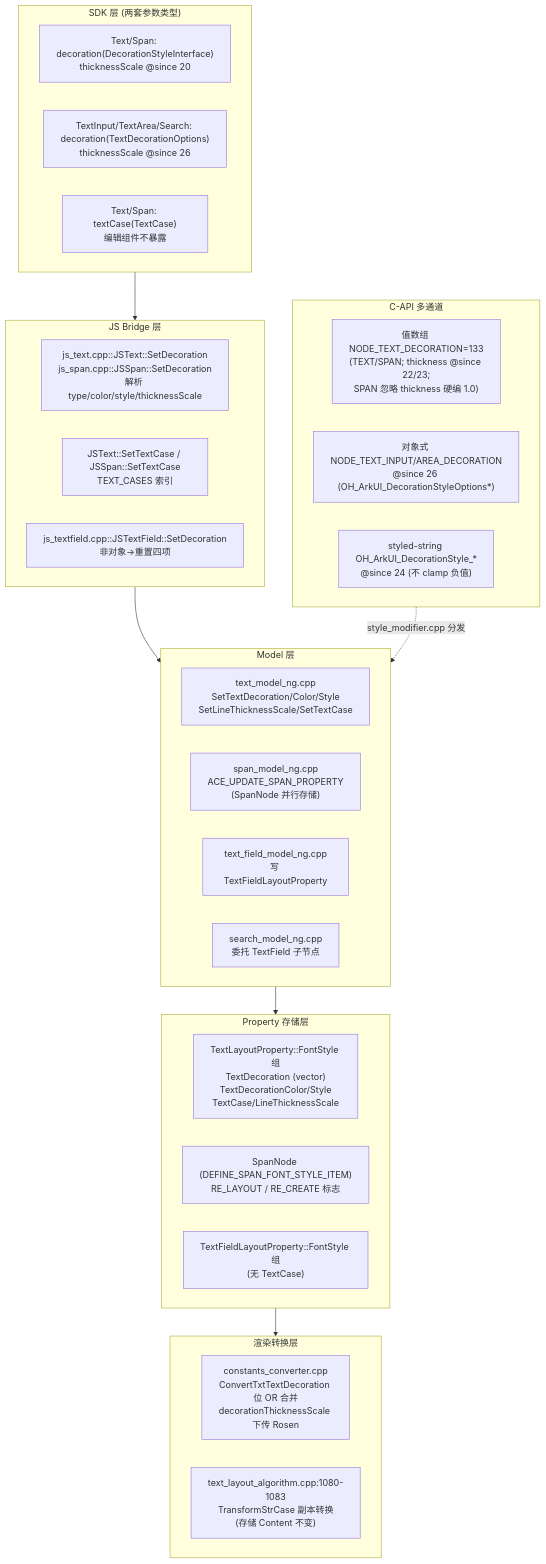
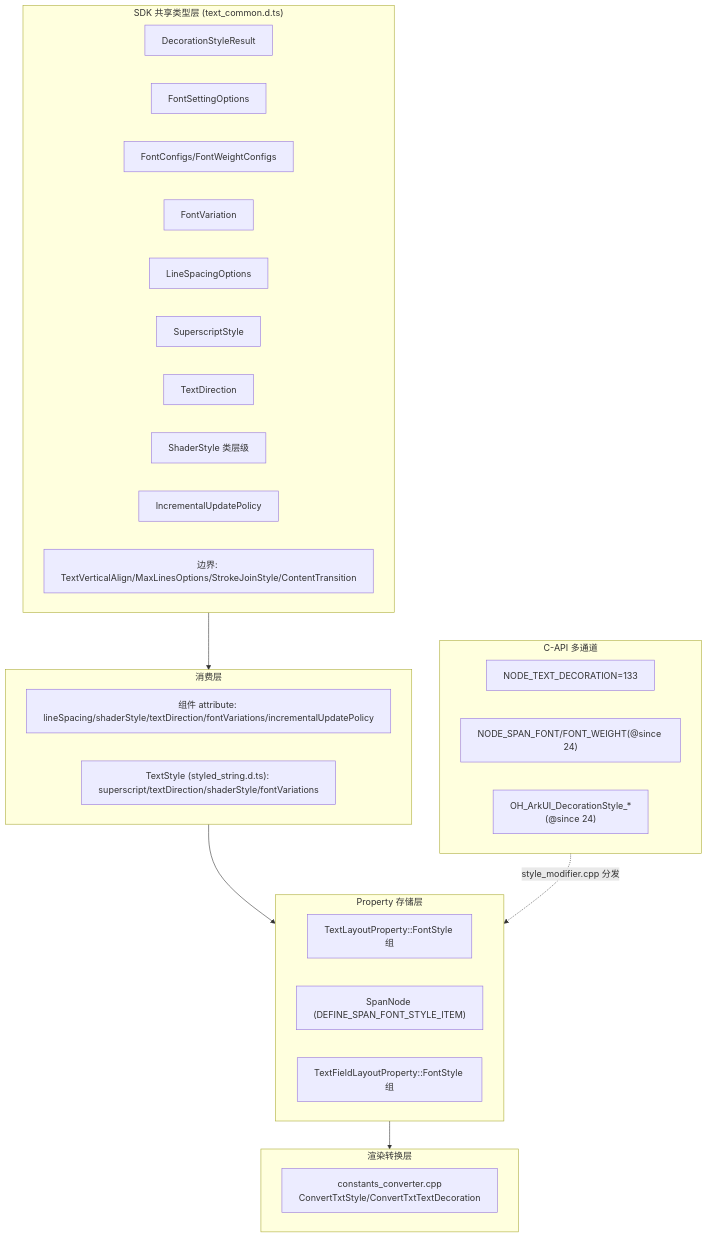
The diagram in 04-common-capability/03-common-attributes/11-text-common-attributes/design.md (cleeshark/arkui_specs), drawn with Mermaid before and after one commit. The commit also changed other lines of this file, not shown here.

Commit message:
spec(04-03-11): 重写文本通用属性 design.md,范围严格对齐 text_common.d.ts 类型

````diff
--- a/04-common-capability/03-common-attributes/11-text-common-attributes/design.md
+++ b/04-common-capability/03-common-attributes/11-text-common-attributes/design.md
@@ -354,47 +226,41 @@
 ```mermaid
 graph TB
-    subgraph SDK["SDK 层 (两套参数类型)"]
+    subgraph SDK["SDK 共享类型层 (text_common.d.ts)"]
         direction LR
-        DSI["Text/Span: decoration(DecorationStyleInterface)<br/>thicknessScale @since 20"]
-        TDO["TextInput/TextArea/Search: decoration(TextDecorationOptions)<br/>thicknessScale @since 26"]
-        TC["Text/Span: textCase(TextCase)<br/>编辑组件不暴露"]
+        DSR["DecorationStyleResult"]
+        FSO["FontSettingOptions"]
+        FWC["FontConfigs/FontWeightConfigs"]
+        FV["FontVariation"]
+        LSO["LineSpacingOptions"]
+        SS["SuperscriptStyle"]
+        TD["TextDirection"]
+        ShS["ShaderStyle 类层级"]
+        IUP["IncrementalUpdatePolicy"]
+        BD["边界: TextVerticalAlign/MaxLinesOptions/StrokeJoinStyle/ContentTransition"]
     end
 
-    subgraph JSB["JS Bridge 层"]
+    subgraph CONSUME["消费层"]
         direction LR
-        JSTd["js_text.cpp::JSText::SetDecoration<br/>js_span.cpp::JSSpan::SetDecoration<br/>解析 type/color/style/thicknessScale"]
-        JSTc["JSText::SetTextCase / JSSpan::SetTextCase<br/>TEXT_CASES 索引"]
-        JSTFd["js_textfield.cpp::JSTextField::SetDecoration<br/>非对象→重置四项"]
-    end
-
-    subgraph MOD["Model 层"]
-        direction LR
-        TMd["text_model_ng.cpp<br/>SetTextDecoration/Color/Style<br/>SetLineThicknessScale/SetTextCase"]
-        SMd["span_model_ng.cpp<br/>ACE_UPDATE_SPAN_PROPERTY<br/>(SpanNode 并行存储)"]
-        TFMd["text_field_model_ng.cpp<br/>写 TextFieldLayoutProperty"]
-        SEd["search_model_ng.cpp<br/>委托 TextField 子节点"]
+        ATTR["组件 attribute: lineSpacing/shaderStyle/textDirection/fontVariations/incrementalUpdatePolicy"]
+        TST["TextStyle (styled_string.d.ts): superscript/textDirection/shaderStyle/fontVariations"]
     end
 
     subgraph PROP["Property 存储层"]
-        direction LR
-        TLP["TextLayoutProperty::FontStyle 组<br/>TextDecoration (vector)<br/>TextDecorationColor/Style<br/>TextCase/LineThicknessScale"]
-        SN["SpanNode (DEFINE_SPAN_FONT_STYLE_ITEM)<br/>RE_LAYOUT / RE_CREATE 标志"]
-        TFLP["TextFieldLayoutProperty::FontStyle 组<br/>(无 TextCase)"]
+        TLP["TextLayoutProperty::FontStyle 组"]
+        SN["SpanNode (DEFINE_SPAN_FONT_STYLE_ITEM)"]
+        TFLP["TextFieldLayoutProperty::FontStyle 组"]
     end
 
     subgraph RENDER["渲染转换层"]
-        CC["constants_converter.cpp<br/>ConvertTxtTextDecoration 位 OR 合并<br/>decorationThicknessScale 下传 Rosen"]
-        TSU["text_layout_algorithm.cpp:1080-1083<br/>TransformStrCase 副本转换<br/>(存储 Content 不变)"]
+        CC["constants_converter.cpp<br/>ConvertTxtStyle/ConvertTxtTextDecoration"]
     end
 
     subgraph CAPI["C-API 多通道"]
-        direction LR
-        VA["值数组 NODE_TEXT_DECORATION=133<br/>(TEXT/SPAN; thickness @since 22/23;<br/>SPAN 忽略 thickness 硬编 1.0)"]
-        OF["对象式 NODE_TEXT_INPUT/AREA_DECORATION<br/>@since 26 (OH_ArkUI_DecorationStyleOptions*)"]
-        SS["styled-string OH_ArkUI_DecorationStyle_*<br/>@since 24 (不 clamp 负值)"]
+        VA["NODE_TEXT_DECORATION=133"]
+        OF["NODE_SPAN_FONT/FONT_WEIGHT(@since 24)"]
+        SS2["OH_ArkUI_DecorationStyle_*(@since 24)"]
     end
 
-    SDK --> JSB --> MOD --> PROP
-    PROP --> RENDER
-    CAPI -.->|style_modifier.cpp 分发| MOD
+    SDK --> CONSUME --> PROP --> RENDER
+    CAPI -.->|style_modifier.cpp 分发| PROP
 ```
````
